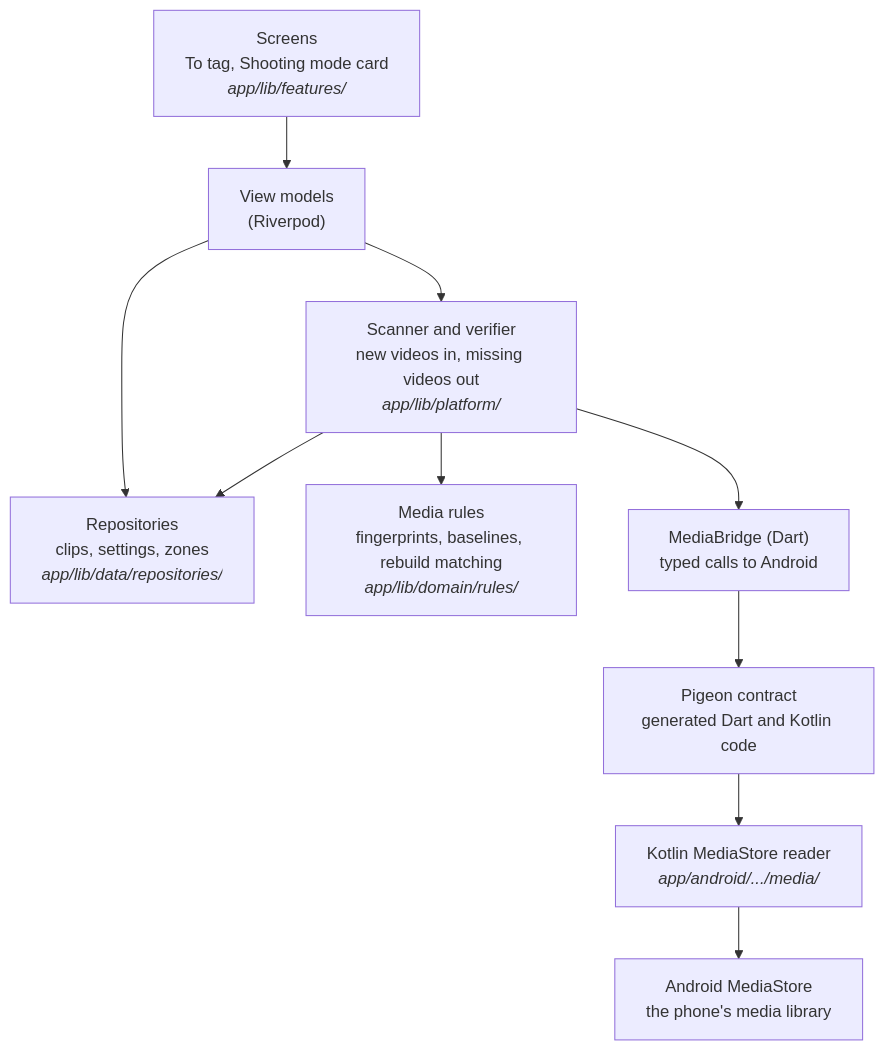
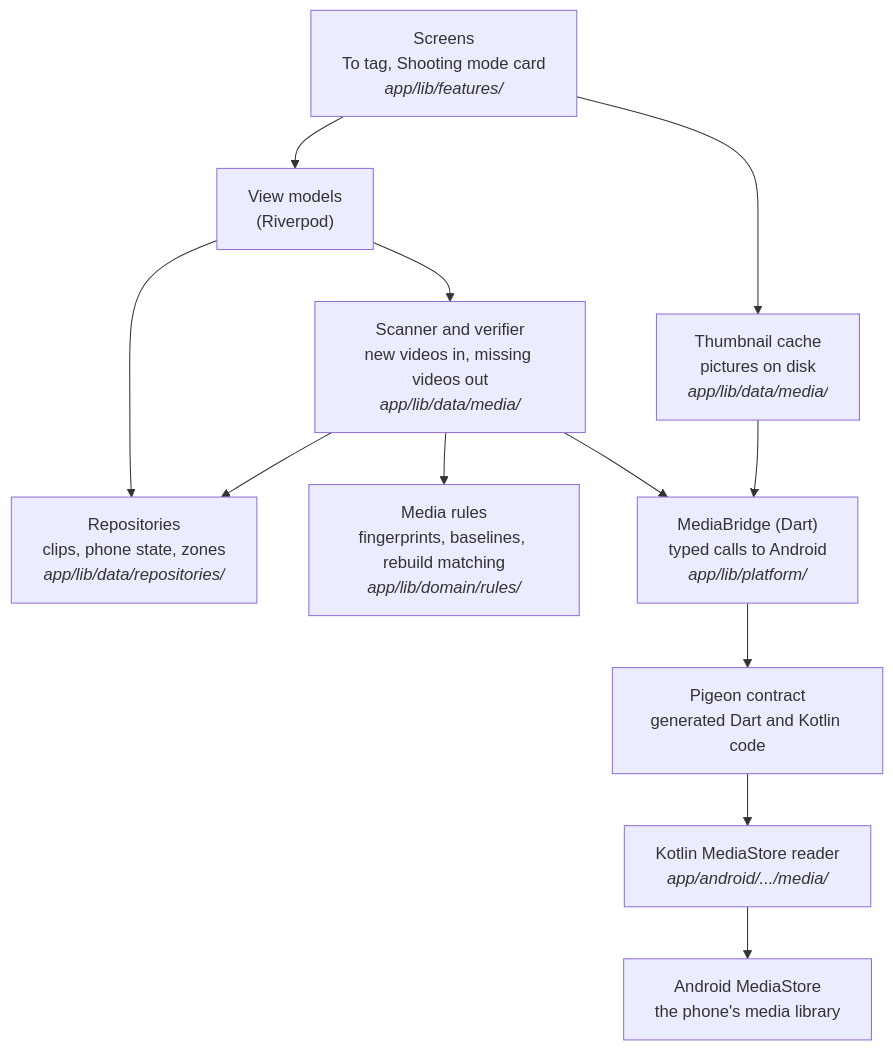
One commit to yashsarda21/taketray changed the first of 2 diagrams in docs/learn/phase-3-media-bridge.md. Above: the diagram before and after it, drawn with Mermaid. The commit also changed other lines of this file and 3 other files, not shown here.

````diff
--- a/docs/learn/phase-3-media-bridge.md
+++ b/docs/learn/phase-3-media-bridge.md
@@ -55,22 +55,25 @@
 ```mermaid
 flowchart TD
     SCREENS["Screens<br/>To tag, Shooting mode card<br/><i>app/lib/features/</i>"]
     VM["View models<br/>(Riverpod)"]
-    REPOS["Repositories<br/>clips, settings, zones<br/><i>app/lib/data/repositories/</i>"]
-    SCAN["Scanner and verifier<br/>new videos in, missing videos out<br/><i>app/lib/platform/</i>"]
+    REPOS["Repositories<br/>clips, phone state, zones<br/><i>app/lib/data/repositories/</i>"]
+    SCAN["Scanner and verifier<br/>new videos in, missing videos out<br/><i>app/lib/data/media/</i>"]
     RULES["Media rules<br/>fingerprints, baselines, rebuild matching<br/><i>app/lib/domain/rules/</i>"]
-    BRIDGE["MediaBridge (Dart)<br/>typed calls to Android"]
+    THUMBS["Thumbnail cache<br/>pictures on disk<br/><i>app/lib/data/media/</i>"]
+    BRIDGE["MediaBridge (Dart)<br/>typed calls to Android<br/><i>app/lib/platform/</i>"]
     PIGEON["Pigeon contract<br/>generated Dart and Kotlin code"]
     KOTLIN["Kotlin MediaStore reader<br/><i>app/android/.../media/</i>"]
     MS["Android MediaStore<br/>the phone's media library"]
 
     SCREENS --> VM
     VM --> REPOS
     VM --> SCAN
     SCAN --> BRIDGE
     SCAN --> RULES
     SCAN --> REPOS
+    SCREENS --> THUMBS
+    THUMBS --> BRIDGE
     BRIDGE --> PIGEON
     PIGEON --> KOTLIN
     KOTLIN --> MS
 ```
````
